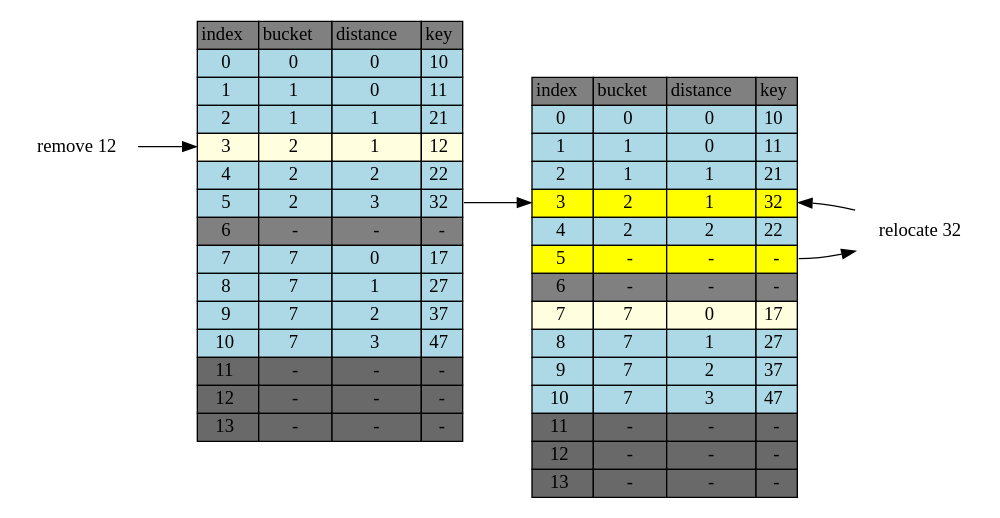
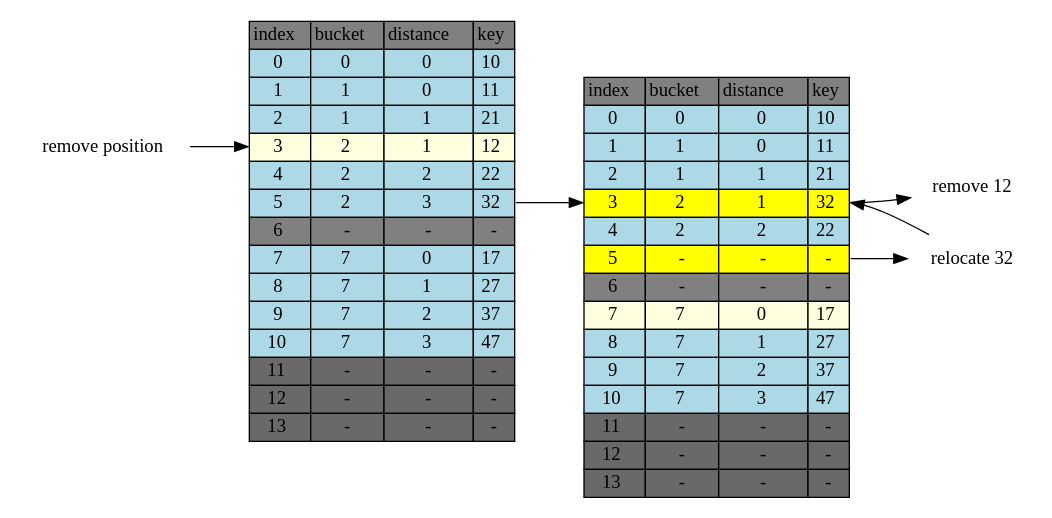
Before and after one commit to jasonlue/digest: the diagram in hashing/cluster-remove-12.dot, drawn with Graphviz. The commit also changed 5 other files, not shown here.

```diff
--- a/hashing/cluster-remove-12.dot
+++ b/hashing/cluster-remove-12.dot
@@ -1,197 +1,198 @@
 digraph table{
     rankdir=LR
     node[shape=plaintext]
 
     table[label=<
         <TABLE BORDER="0" CELLBORDER="1" CELLSPACING="0">
             <TR>
                 <TD BGCOLOR="grey">index</TD>
                 <TD BGCOLOR="grey">bucket</TD>
                 <TD BGCOLOR="grey">distance</TD>
                 <TD BGCOLOR="grey">key</TD>
             </TR>           
             <TR>
                 <TD BGCOLOR="lightblue" PORT="i0">0</TD>
                 <TD BGCOLOR="lightblue">0</TD>
                 <TD BGCOLOR="lightblue">0</TD>
                 <TD BGCOLOR="lightblue" PORT="k0">10</TD>
             </TR>           
             <TR>
                 <TD BGCOLOR="lightblue" PORT="i1">1</TD>
                 <TD BGCOLOR="lightblue">1</TD>
                 <TD BGCOLOR="lightblue">0</TD>
                 <TD BGCOLOR="lightblue" PORT="k1">11</TD>
             </TR>           
             <TR>
                 <TD BGCOLOR="lightblue" PORT="i2">2</TD>
                 <TD BGCOLOR="lightblue">1</TD>
                 <TD BGCOLOR="lightblue">1</TD>
                 <TD BGCOLOR="lightblue" PORT="k2">21</TD>
             </TR>           
             <TR>
                 <TD BGCOLOR="lightyellow" PORT="i3">3</TD>
                 <TD BGCOLOR="lightyellow">2</TD>
                 <TD BGCOLOR="lightyellow">1</TD>
                 <TD BGCOLOR="lightyellow" PORT="k3">12</TD>
             </TR>           
             <TR>
                 <TD BGCOLOR="lightblue" PORT="i4">4</TD>
                 <TD BGCOLOR="lightblue">2</TD>
                 <TD BGCOLOR="lightblue">2</TD>
                 <TD BGCOLOR="lightblue" PORT="k4">22</TD>
             </TR>           
             <TR>
                 <TD BGCOLOR="lightblue" PORT="i5">5</TD>
                 <TD BGCOLOR="lightblue">2</TD>
                 <TD BGCOLOR="lightblue">3</TD>
                 <TD BGCOLOR="lightblue" PORT="k5">32</TD>
             </TR>
             <TR>
                 <TD BGCOLOR="grey" PORT="i6">6</TD>
                 <TD BGCOLOR="grey">-</TD>
                 <TD BGCOLOR="grey">-</TD>
                 <TD BGCOLOR="grey" PORT="k6">-</TD> 
             </TR>           
             <TR>
                 <TD BGCOLOR="lightblue" PORT="i7">7</TD>
                 <TD BGCOLOR="lightblue">7</TD>
                 <TD BGCOLOR="lightblue">0</TD>
                 <TD BGCOLOR="lightblue" PORT="k7">17</TD>
             </TR>           
             <TR>
                 <TD BGCOLOR="lightblue" PORT="i8">8</TD>
                 <TD BGCOLOR="lightblue">7</TD>
                 <TD BGCOLOR="lightblue">1</TD>
                 <TD BGCOLOR="lightblue" PORT="k8">27</TD>
             </TR>           
             <TR>
                 <TD BGCOLOR="lightblue" PORT="i9">9</TD>
                 <TD BGCOLOR="lightblue">7</TD>
                 <TD BGCOLOR="lightblue">2</TD>
                 <TD BGCOLOR="lightblue" PORT="k9">37</TD>
             </TR>           
             <TR>
                 <TD BGCOLOR="lightblue" PORT="i10">10</TD>
                 <TD BGCOLOR="lightblue">7</TD>
                 <TD BGCOLOR="lightblue">3</TD>
                 <TD BGCOLOR="lightblue" PORT="k10">47</TD>
             </TR>           
             <TR>
                 <TD BGCOLOR="dimgrey" PORT="i11">11</TD>
                 <TD BGCOLOR="dimgrey">-</TD>
                 <TD BGCOLOR="dimgrey">-</TD>
                 <TD BGCOLOR="dimgrey" PORT="k11">-</TD>
             </TR>           
             <TR>
                 <TD BGCOLOR="dimgrey" PORT="i12">12</TD>
                 <TD BGCOLOR="dimgrey">-</TD>
                 <TD BGCOLOR="dimgrey">-</TD>
                 <TD BGCOLOR="dimgrey" PORT="k12">-</TD>
             </TR>           
             <TR>
                 <TD BGCOLOR="dimgrey" PORT="i13">13</TD>
                 <TD BGCOLOR="dimgrey">-</TD>
                 <TD BGCOLOR="dimgrey">-</TD>
                 <TD BGCOLOR="dimgrey" PORT="k13">-</TD>
             </TR>           
         </TABLE>
     >]
      table2[label=<
         <TABLE BORDER="0" CELLBORDER="1" CELLSPACING="0">
             <TR>
                 <TD BGCOLOR="grey">index</TD>
                 <TD BGCOLOR="grey">bucket</TD>
                 <TD BGCOLOR="grey">distance</TD>
                 <TD BGCOLOR="grey">key</TD>
             </TR>           
             <TR>
                 <TD BGCOLOR="lightblue" PORT="i0">0</TD>
                 <TD BGCOLOR="lightblue">0</TD>
                 <TD BGCOLOR="lightblue">0</TD>
                 <TD BGCOLOR="lightblue" PORT="k0">10</TD>
             </TR>           
             <TR>
                 <TD BGCOLOR="lightblue" PORT="i1">1</TD>
                 <TD BGCOLOR="lightblue">1</TD>
                 <TD BGCOLOR="lightblue">0</TD>
                 <TD BGCOLOR="lightblue" PORT="k1">11</TD>
             </TR>           
             <TR>
                 <TD BGCOLOR="lightblue" PORT="i2">2</TD>
                 <TD BGCOLOR="lightblue">1</TD>
                 <TD BGCOLOR="lightblue">1</TD>
                 <TD BGCOLOR="lightblue" PORT="k2">21</TD>
             </TR>           
             <TR>
                 <TD BGCOLOR="yellow" PORT="i3">3</TD>
                 <TD BGCOLOR="yellow">2</TD>
                 <TD BGCOLOR="yellow">1</TD>
                 <TD BGCOLOR="yellow" PORT="k3">32</TD>
             </TR>           
             <TR>
                 <TD BGCOLOR="lightblue" PORT="i4">4</TD>
                 <TD BGCOLOR="lightblue">2</TD>
                 <TD BGCOLOR="lightblue">2</TD>
                 <TD BGCOLOR="lightblue" PORT="k4">22</TD>
             </TR>           
             <TR>
                 <TD BGCOLOR="yellow" PORT="i5">5</TD>
                 <TD BGCOLOR="yellow">-</TD>
                 <TD BGCOLOR="yellow">-</TD>
                 <TD BGCOLOR="yellow" PORT="k5">-</TD>
             </TR>
             <TR>
                 <TD BGCOLOR="grey" PORT="i6">6</TD>
                 <TD BGCOLOR="grey">-</TD>
                 <TD BGCOLOR="grey">-</TD>
                 <TD BGCOLOR="grey" PORT="k6">-</TD> 
             </TR>           
             <TR>
                 <TD BGCOLOR="lightyellow" PORT="i7">7</TD>
                 <TD BGCOLOR="lightyellow">7</TD>
                 <TD BGCOLOR="lightyellow">0</TD>
                 <TD BGCOLOR="lightyellow" PORT="k7">17</TD>
             </TR>           
             <TR>
                 <TD BGCOLOR="lightblue" PORT="i8">8</TD>
                 <TD BGCOLOR="lightblue">7</TD>
                 <TD BGCOLOR="lightblue">1</TD>
                 <TD BGCOLOR="lightblue" PORT="k8">27</TD>
             </TR>           
             <TR>
                 <TD BGCOLOR="lightblue" PORT="i9">9</TD>
                 <TD BGCOLOR="lightblue">7</TD>
                 <TD BGCOLOR="lightblue">2</TD>
                 <TD BGCOLOR="lightblue" PORT="k9">37</TD>
             </TR>           
             <TR>
                 <TD BGCOLOR="lightblue" PORT="i10">10</TD>
                 <TD BGCOLOR="lightblue">7</TD>
                 <TD BGCOLOR="lightblue">3</TD>
                 <TD BGCOLOR="lightblue" PORT="k10">47</TD>
             </TR>           
             <TR>
                 <TD BGCOLOR="dimgrey" PORT="i11">11</TD>
                 <TD BGCOLOR="dimgrey">-</TD>
                 <TD BGCOLOR="dimgrey">-</TD>
                 <TD BGCOLOR="dimgrey" PORT="k11">-</TD>
             </TR>           
             <TR>
                 <TD BGCOLOR="dimgrey" PORT="i12">12</TD>
                 <TD BGCOLOR="dimgrey">-</TD>
                 <TD BGCOLOR="dimgrey">-</TD>
                 <TD BGCOLOR="dimgrey" PORT="k12">-</TD>
             </TR>           
             <TR>
                 <TD BGCOLOR="dimgrey" PORT="i13">13</TD>
                 <TD BGCOLOR="dimgrey">-</TD>
                 <TD BGCOLOR="dimgrey">-</TD>
                 <TD BGCOLOR="dimgrey" PORT="k13">-</TD>
             </TR>           
         </TABLE>
     >]
 
- "remove 12" -> table:i3
+ "remove position" -> table:i3
+ table2:k3->"remove 12"
  table:k5->table2:i3
  table2:k5->"relocate 32"->table2:k3
 }
```
